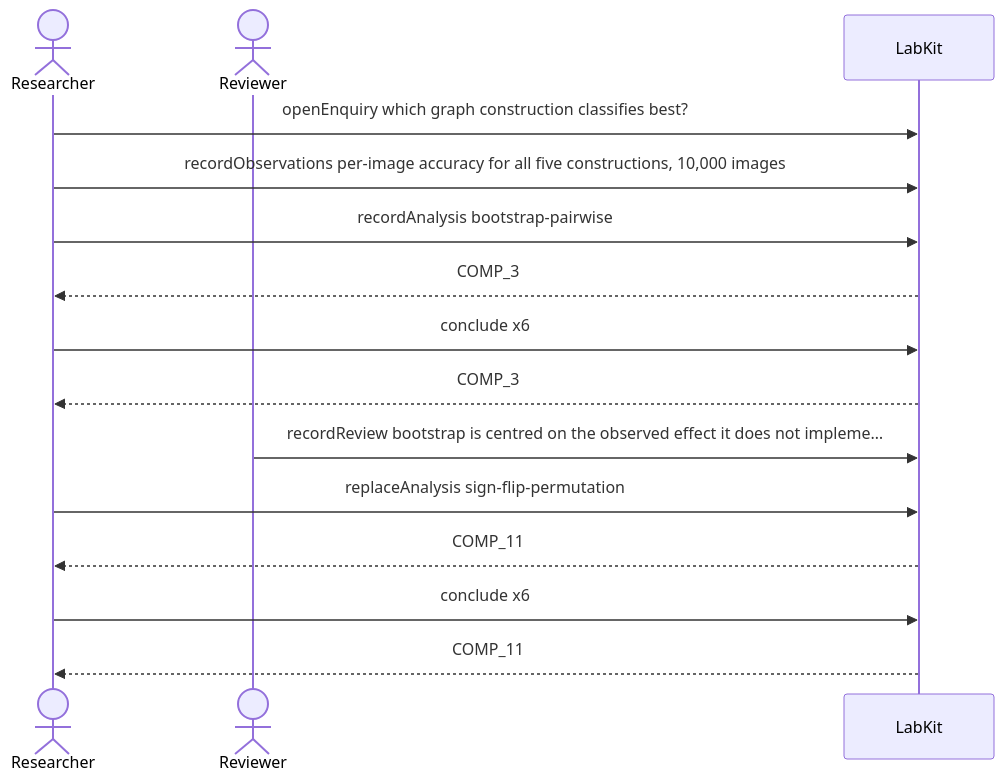
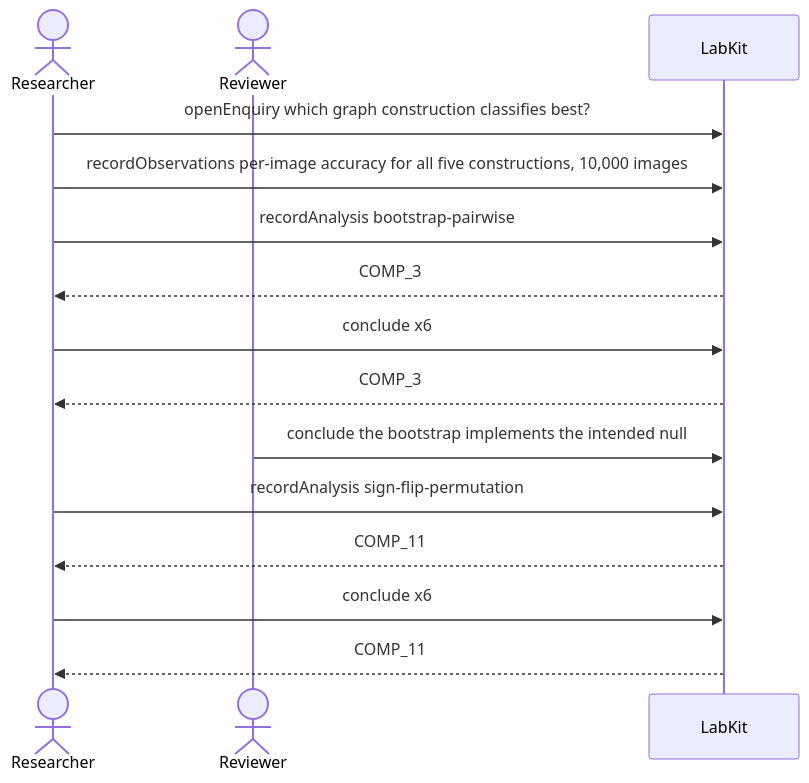
The diagram in docs/scenarios/S-11.md (danbarua/labkit), drawn with Mermaid before and after one commit. The commit also changed other lines of this file and 99 other files, not shown here.

````diff
--- a/docs/scenarios/S-11.md
+++ b/docs/scenarios/S-11.md
@@ -7,17 +7,17 @@
 ```mermaid
 sequenceDiagram
     actor Researcher
     actor Reviewer
     participant R as LabKit
     Researcher->>R: openEnquiry which graph construction classifies best?
     Researcher->>R: recordObservations per-image accuracy for all five constructions, 10,000 images
     Researcher->>R: recordAnalysis bootstrap-pairwise
     R-->>Researcher: COMP_3
     Researcher->>R: conclude x6
     R-->>Researcher: COMP_3
-    Reviewer->>R: recordReview bootstrap is centred on the observed effect it does not impleme…
-    Researcher->>R: replaceAnalysis sign-flip-permutation
+    Reviewer->>R: conclude the bootstrap implements the intended null
+    Researcher->>R: recordAnalysis sign-flip-permutation
     R-->>Researcher: COMP_11
     Researcher->>R: conclude x6
     R-->>Researcher: COMP_11
 ```
````
